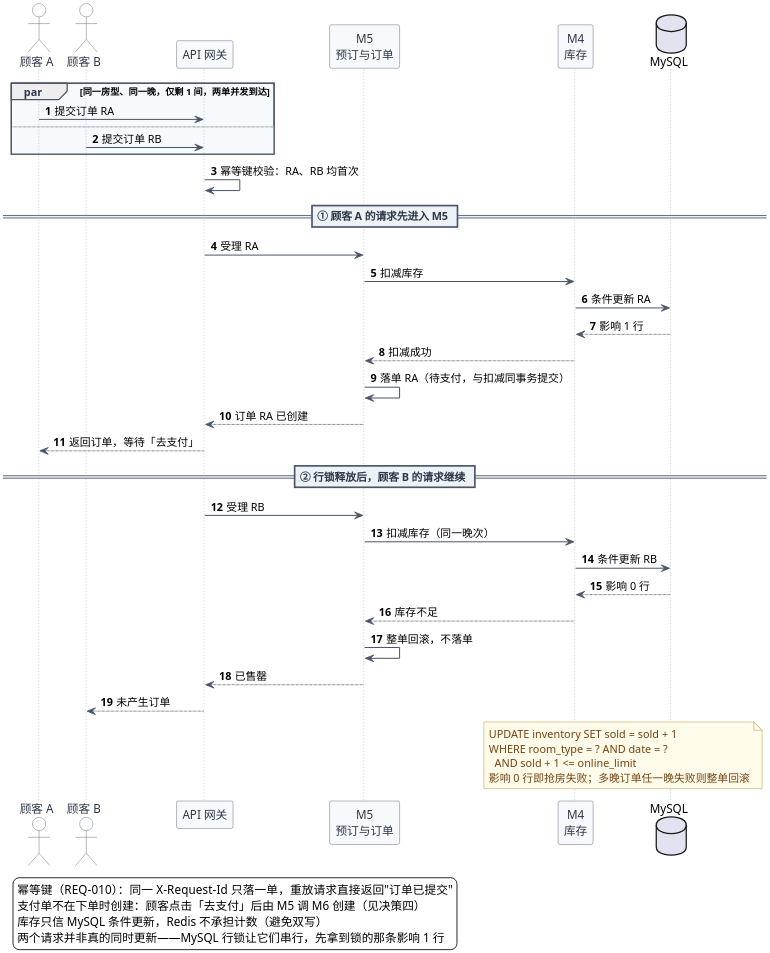
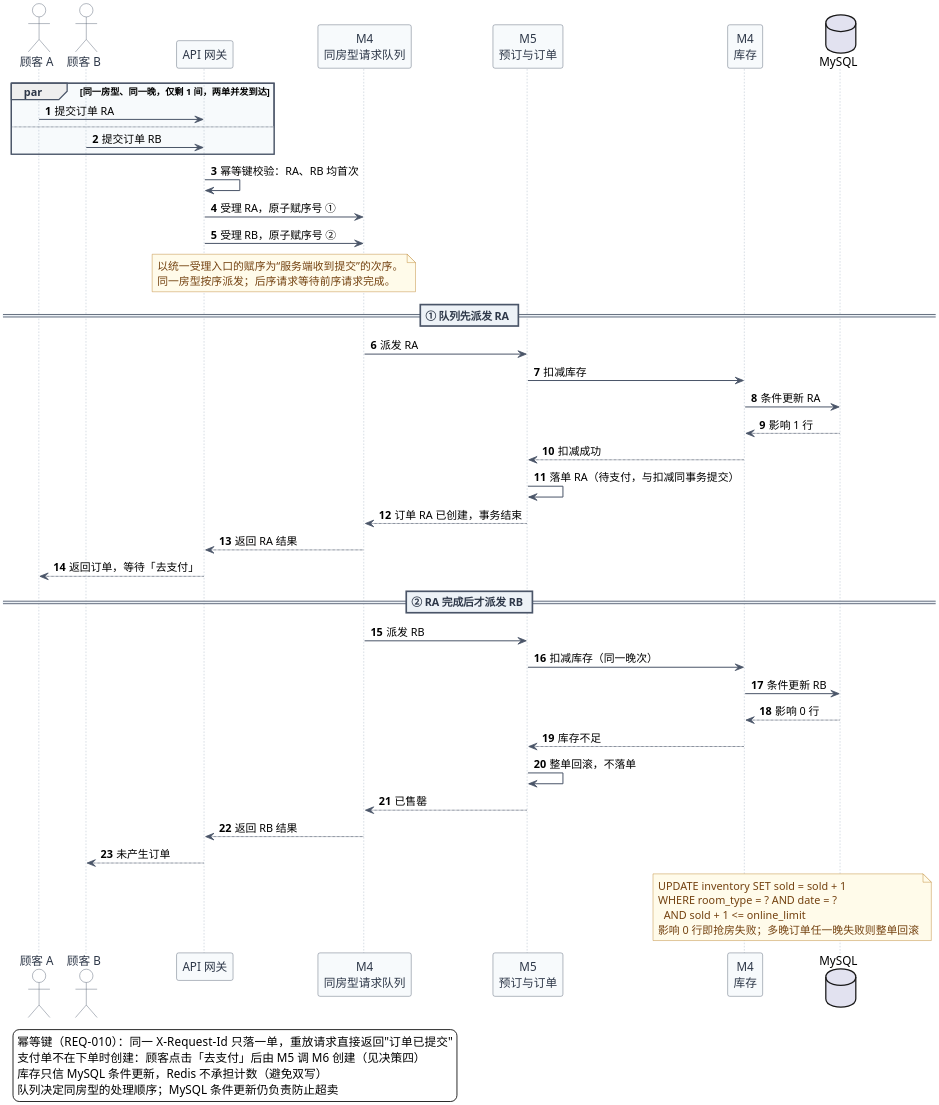
Before and after one commit to ruzhai/software-engineering-labs: the diagram in UML/UML时序图_并发抢房.puml, drawn with PlantUML. The commit also changed 11 other files, not shown here.

```diff
--- a/UML/UML时序图_并发抢房.puml
+++ b/UML/UML时序图_并发抢房.puml
@@ -1,74 +1,83 @@
 @startuml UML时序图_并发抢房
 skinparam defaultFontName "Microsoft YaHei"
 skinparam shadowing false
 skinparam backgroundColor #FFFFFF
 skinparam dpi 250
 skinparam sequenceArrowColor #4A5568
 skinparam sequenceArrowThickness 1.2
 skinparam sequenceLifeLineBorderColor #A0AEC0
 skinparam sequenceGroupBorderColor #4A5568
 skinparam sequenceGroupHeaderFontColor #2D3748
 skinparam sequenceGroupBodyBackgroundColor #F7FAFC
 skinparam participantBorderColor #4A5568
 skinparam participantBackgroundColor #F7FAFC
 skinparam participantFontColor #2D3748
 skinparam actorBorderColor #4A5568
 skinparam actorBackgroundColor #FFFFFF
 skinparam actorFontColor #2D3748
 skinparam noteBackgroundColor #FFFBEA
 skinparam noteBorderColor #B7791F
 skinparam noteFontColor #744210
 skinparam sequenceDividerBackgroundColor #EDF2F7
 skinparam sequenceDividerBorderColor #4A5568
 skinparam sequenceDividerFontColor #2D3748
 autonumber
 
 actor "顾客 A" as UA
 actor "顾客 B" as UB
 participant "API 网关" as GW
+participant "M4\n同房型请求队列" as Q
 participant "M5\n预订与订单" as M5
 participant "M4\n库存" as M4
 database "MySQL" as DB
 
 par 同一房型、同一晚，仅剩 1 间，两单并发到达
   UA -> GW : 提交订单 RA
 else
   UB -> GW : 提交订单 RB
 end
 
 GW -> GW : 幂等键校验：RA、RB 均首次
+GW -> Q : 受理 RA，原子赋序号 ①
+GW -> Q : 受理 RB，原子赋序号 ②
+note over GW, Q
+  以统一受理入口的赋序为“服务端收到提交”的次序。
+  同一房型按序派发；后序请求等待前序请求完成。
+end note
 
-== ① 顾客 A 的请求先进入 M5 ==
-GW -> M5 : 受理 RA
+== ① 队列先派发 RA ==
+Q -> M5 : 派发 RA
 M5 -> M4 : 扣减库存
 M4 -> DB : 条件更新 RA
 DB --> M4 : 影响 1 行
 M4 --> M5 : 扣减成功
 M5 -> M5 : 落单 RA（待支付，与扣减同事务提交）
-M5 --> GW : 订单 RA 已创建
+M5 --> Q : 订单 RA 已创建，事务结束
+Q --> GW : 返回 RA 结果
 GW --> UA : 返回订单，等待「去支付」
 
-== ② 行锁释放后，顾客 B 的请求继续 ==
-GW -> M5 : 受理 RB
+== ② RA 完成后才派发 RB ==
+Q -> M5 : 派发 RB
 M5 -> M4 : 扣减库存（同一晚次）
 M4 -> DB : 条件更新 RB
 DB --> M4 : 影响 0 行
 M4 --> M5 : 库存不足
 M5 -> M5 : 整单回滚，不落单
-M5 --> GW : 已售罄
+M5 --> Q : 已售罄
+Q --> GW : 返回 RB 结果
 GW --> UB : 未产生订单
 
 note over M4, DB
   UPDATE inventory SET sold = sold + 1
   WHERE room_type = ? AND date = ?
     AND sold + 1 <= online_limit
   影响 0 行即抢房失败；多晚订单任一晚失败则整单回滚
 end note
 
 legend bottom left
   幂等键（REQ-010）：同一 X-Request-Id 只落一单，重放请求直接返回"订单已提交"
   支付单不在下单时创建：顾客点击「去支付」后由 M5 调 M6 创建（见决策四）
   库存只信 MySQL 条件更新，Redis 不承担计数（避免双写）
-  两个请求并非真的同时更新——MySQL 行锁让它们串行，先拿到锁的那条影响 1 行
+  队列决定同房型的处理顺序；MySQL 条件更新仍负责防止超卖
 end legend
 @enduml
```
